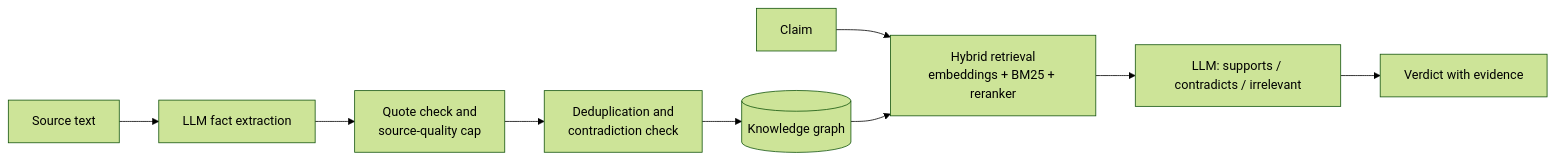
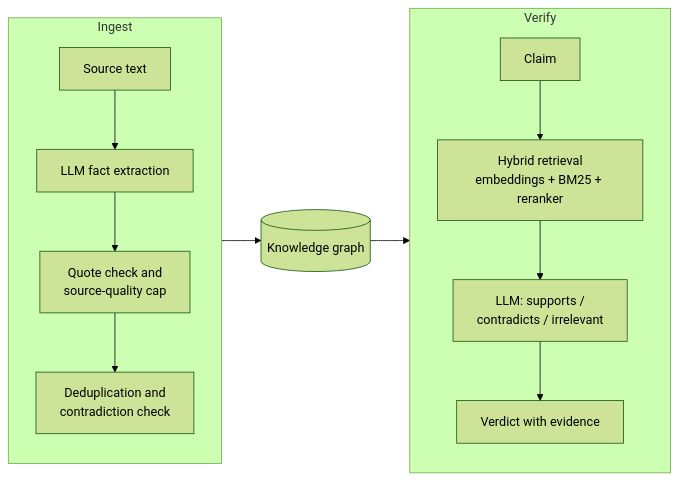
One commit to Delta025/verinode changed the diagram in README.md. Above: the diagram before and after it, drawn with Mermaid (forest theme).

Commit message:
Make the README diagram fit GitHub's page width

````diff
--- a/README.md
+++ b/README.md
@@ -15,11 +15,17 @@
 ```mermaid
 flowchart LR
-    T[Source text] --> X[LLM fact extraction]
-    X --> F[Quote check and<br/>source-quality cap]
-    F --> D[Deduplication and<br/>contradiction check]
+    subgraph Ingest
+        direction TB
+        T[Source text] --> X[LLM fact extraction]
+        X --> F[Quote check and<br/>source-quality cap]
+        F --> D[Deduplication and<br/>contradiction check]
+    end
     D --> G[(Knowledge graph)]
-    C[Claim] --> R[Hybrid retrieval<br/>embeddings + BM25 + reranker]
     G --> R
-    R --> L[LLM: supports / contradicts / irrelevant]
-    L --> V[Verdict with evidence]
+    subgraph Verify
+        direction TB
+        C[Claim] --> R[Hybrid retrieval<br/>embeddings + BM25 + reranker]
+        R --> L[LLM: supports /<br/>contradicts / irrelevant]
+        L --> V[Verdict with evidence]
+    end
 ```
````
